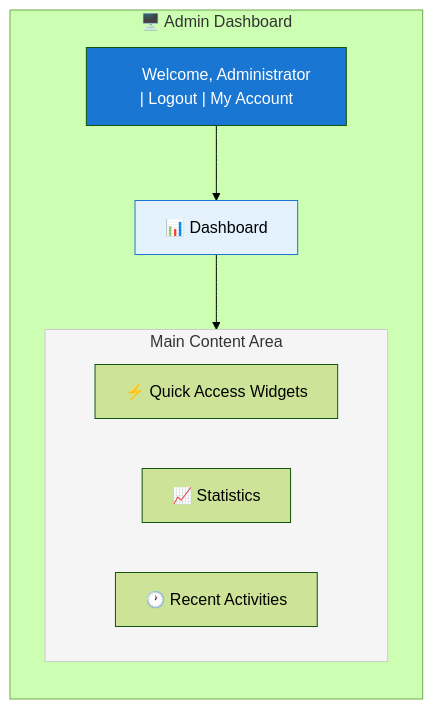
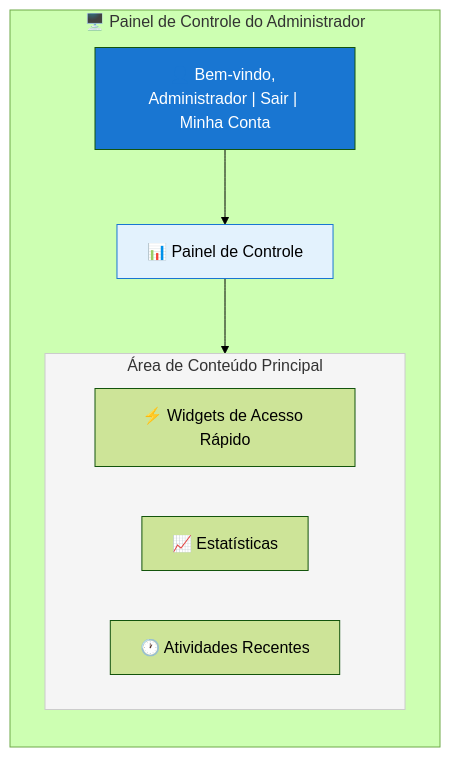
One commit to mambax7/xoops-docs changed the first of 2 diagrams in apps/docs-27/src/content/docs/pt/getting-started/admin-panel.md. Above: the diagram before and after it, drawn with Mermaid (forest theme). The commit also changed other lines of this file and 162 other files, not shown here.

````diff
--- a/apps/docs-27/src/content/docs/pt/getting-started/admin-panel.md
+++ b/apps/docs-27/src/content/docs/pt/getting-started/admin-panel.md
@@ -37,20 +37,20 @@
 ```mermaid
 flowchart TB
-    subgraph Dashboard["🖥️ Admin Dashboard"]
+    subgraph Dashboard["🖥️ Painel de Controle do Administrador"]
         direction TB
-        Header["👤 Welcome, Administrator | Logout | My Account"]
-        Title["📊 Dashboard"]
-        subgraph Content["Main Content Area"]
-            Widgets["⚡ Quick Access Widgets"]
-            Stats["📈 Statistics"]
-            Recent["🕐 Recent Activities"]
+        Header["👤 Bem-vindo, Administrador | Sair | Minha Conta"]
+        Title["📊 Painel de Controle"]
+        subgraph Content["Área de Conteúdo Principal"]
+            Widgets["⚡ Widgets de Acesso Rápido"]
+            Stats["📈 Estatísticas"]
+            Recent["🕐 Atividades Recentes"]
         end
     end
 
     Header --> Title
     Title --> Content
 
     style Header fill:#1976d2,color:#fff
     style Title fill:#e3f2fd,stroke:#1976d2
     style Content fill:#f5f5f5,stroke:#ccc
 ```
````
